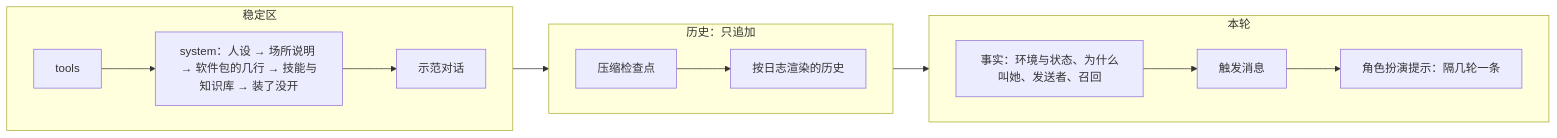
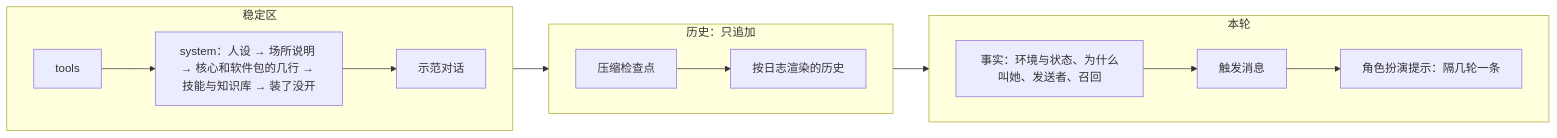
One commit to SHORiN-KiWATA/miyu-agent-remake changed the diagram in docs/designs/26-提示词.md. Above: the diagram before and after it, drawn with Mermaid. The commit also changed other lines of this file and 14 other files, not shown here.

````diff
--- a/docs/designs/26-提示词.md
+++ b/docs/designs/26-提示词.md
@@ -24,16 +24,16 @@
 ```mermaid
 flowchart LR
     subgraph stable["稳定区"]
         direction LR
-        tools["tools"] --> sys["system：人设 → 场所说明 → 软件包的几行 → 技能与知识库 → 装了没开"] --> demo["示范对话"]
+        tools["tools"] --> sys["system：人设 → 场所说明 → 核心和软件包的几行 → 技能与知识库 → 装了没开"] --> demo["示范对话"]
     end
     subgraph hist["历史：只追加"]
         direction LR
         cp["压缩检查点"] --> past["按日志渲染的历史"]
     end
     subgraph turn["本轮"]
         direction LR
         facts["事实：环境与状态、为什么叫她、发送者、召回"] --> trig["触发消息"] --> rem["角色扮演提示：隔几轮一条"]
     end
     stable --> hist --> turn
 ```
````
